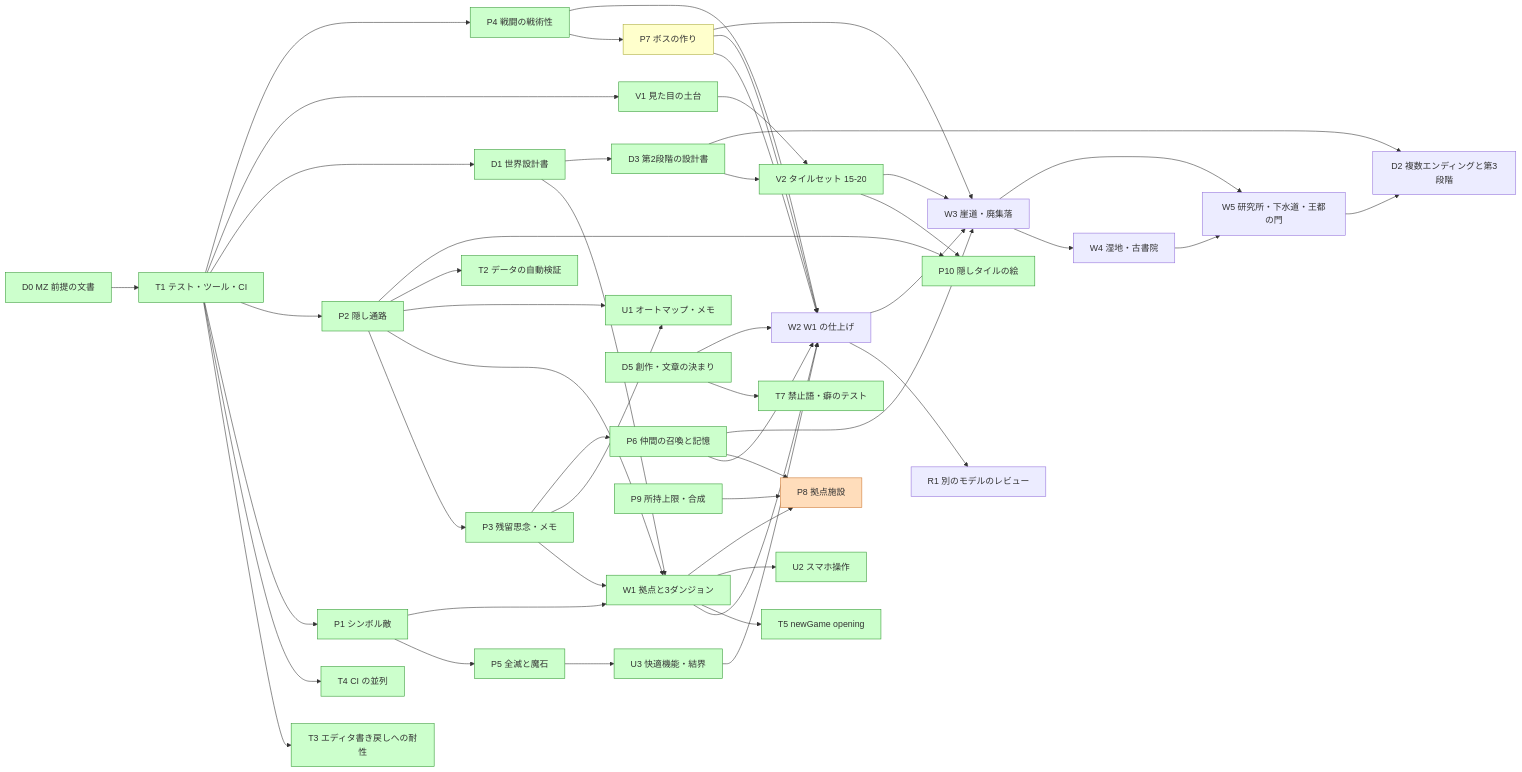
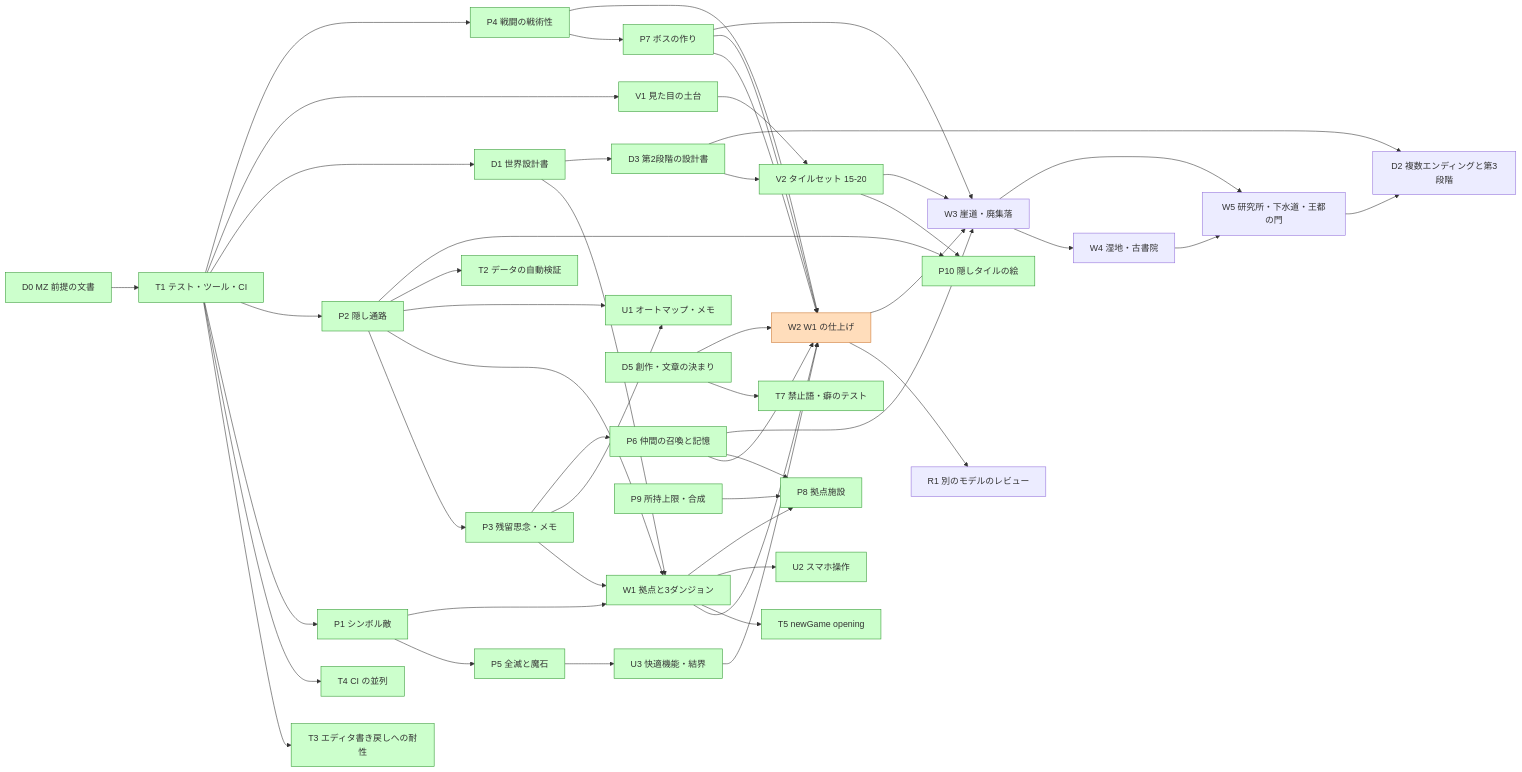
Before and after one commit to nakaba9696/-RPG: the diagram in docs/ROADMAP.md, drawn with Mermaid. The commit also changed other lines of this file, not shown here.

````diff
--- a/docs/ROADMAP.md
+++ b/docs/ROADMAP.md
@@ -214,57 +214,56 @@
 ```mermaid
 graph LR
   D0[D0 MZ 前提の文書] --> T1[T1 テスト・ツール・CI]
   T1 --> T3[T3 エディタ書き戻しへの耐性]
   T1 --> T4[T4 CI の並列]
   T1 --> P1[P1 シンボル敵]
   T1 --> P2[P2 隠し通路]
   T1 --> D1[D1 世界設計書]
   T1 --> V1[V1 見た目の土台]
   P2 --> P3[P3 残留思念・メモ]
   T1 --> P4[P4 戦闘の戦術性]
   P1 --> P5[P5 全滅と魔石]
   D1 --> W1[W1 拠点と3ダンジョン]
   P1 --> W1
   P2 --> W1
   P3 --> W1
   P2 --> U1[U1 オートマップ・メモ]
   P3 --> U1
   P2 --> T2[T2 データの自動検証]
   P3 --> P6[P6 仲間の召喚と記憶]
   P4 --> P7[P7 ボスの作り]
   W1 --> W2[W2 W1 の仕上げ]
   P4 --> W2
   P6 --> W2
   P7 --> W2
   W1 --> T5[T5 newGame opening]
   W1 --> U2[U2 スマホ操作]
   D1 --> D3[D3 第2段階の設計書]
   V1 --> V2[V2 タイルセット 15-20]
   D3 --> V2
   D5[D5 創作・文章の決まり] --> T7[T7 禁止語・癖のテスト]
   P2 --> P10[P10 隠しタイルの絵]
   V2 --> P10
   P5 --> U3[U3 快適機能・結界]
   P6 --> P8[P8 拠点施設]
   P9[P9 所持上限・合成] --> P8
   W1 --> P8
   P7 --> W2
   U3 --> W2
   D5 --> W2
   W2 --> R1[R1 別のモデルのレビュー]
   W2 --> W3[W3 崖道・廃集落]
   P6 --> W3
   P7 --> W3
   V2 --> W3
   W3 --> W4[W4 湿地・古書院]
   W3 --> W5[W5 研究所・下水道・王都の門]
   W4 --> W5
   D3 --> D2[D2 複数エンディングと第3段階]
   W5 --> D2
   classDef done fill:#cfc,stroke:#393
   classDef wait fill:#ffc,stroke:#aa3
   classDef doing fill:#fdb,stroke:#c73
-  class D0,T1,T3,T4,P1,P2,D1,V1,P3,P5,T2,W1,U2,D3,V2,P4,U1,P6,U3,P9,P10,T5,D5,T7 done
-  class P7 wait
-  class P8 doing
+  class D0,T1,T3,T4,P1,P2,D1,V1,P3,P5,T2,W1,U2,D3,V2,P4,U1,P6,U3,P9,P10,T5,D5,T7,P7,P8 done
+  class W2 doing
 ```
````
